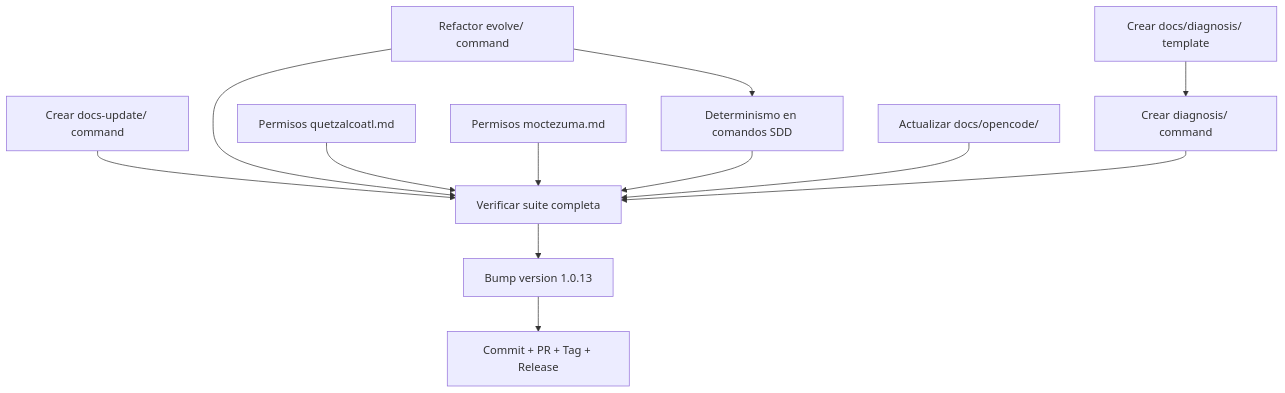
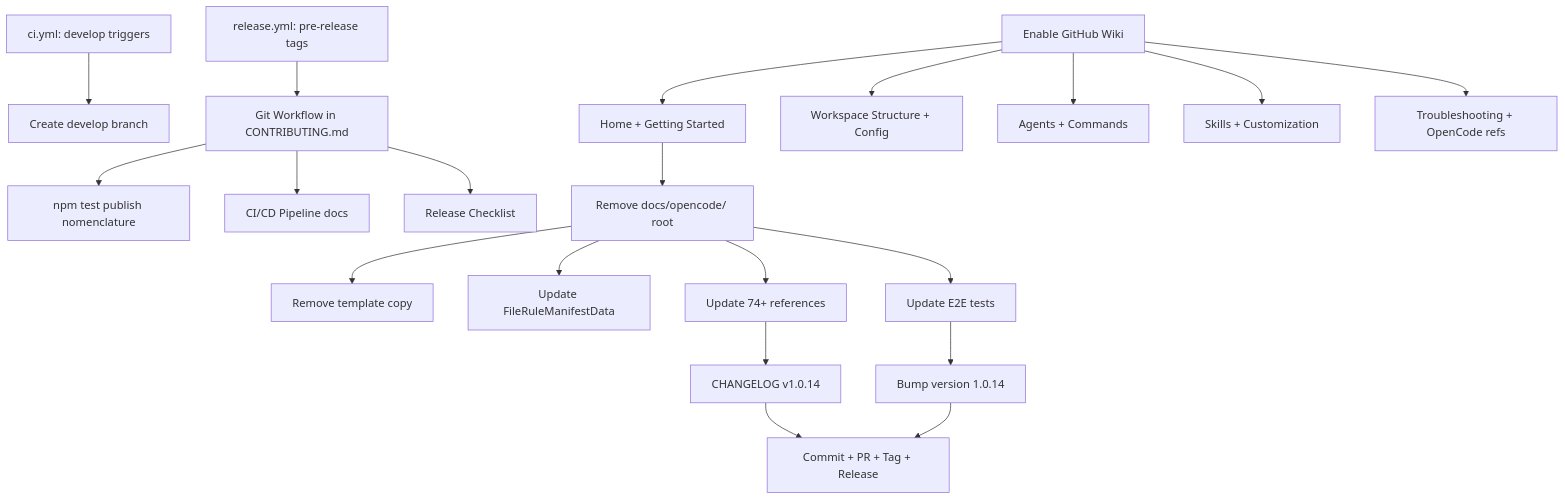
The diagram in tasks/plan.md (Fisherk2/codice-opencode), drawn with Mermaid before and after one commit. The commit also changed other lines of this file and 76 other files, not shown here.

First line of the commit message:
release: v1.0.14 — CI/CD workflow, GitHub Wiki, post-install refactor, docs/opencode removal (#32)

````diff
--- a/tasks/plan.md
+++ b/tasks/plan.md
@@ -40,23 +37,31 @@
 ```mermaid
 graph TD
-    %% Phase 1: Foundation (no dependencies)
-    FEV4-T1[Refactor evolve/ command] --> FEV4-T7[Verificar suite completa]
-    FEV4-T2[Crear docs-update/ command] --> FEV4-T7
-    FEV4-T3[Crear diagnosis/ command] --> FEV4-T7
-    FEV4-T4[Crear docs/diagnosis/ template] --> FEV4-T3
+    %% Phase 1: CI/CD Infrastructure
+    FEV5-T1[ci.yml: develop triggers] --> FEV5-T3[Create develop branch]
+    FEV5-T2[release.yml: pre-release tags] --> FEV5-T4[Git Workflow in CONTRIBUTING.md]
 
-    %% Phase 2: Governance (parallel)
-    FEV4-T5[Permisos quetzalcoatl.md] --> FEV4-T7
-    FEV4-T6[Permisos moctezuma.md] --> FEV4-T7
+    %% Phase 2: CI/CD Documentation
+    FEV5-T4 --> FEV5-T5[npm test publish nomenclature]
+    FEV5-T4 --> FEV5-T6[CI/CD Pipeline docs]
+    FEV5-T4 --> FEV5-T7[Release Checklist]
 
-    %% Phase 3: Determinism (depends on Phase 1)
-    FEV4-T1 --> FEV4-T8[Determinismo en comandos SDD]
-    FEV4-T8 --> FEV4-T7
+    %% Phase 3: Wiki Content (parallel with Phase 1+2)
+    FEV5-T8[Enable GitHub Wiki] --> FEV5-T9[Home + Getting Started]
+    FEV5-T8 --> FEV5-T10[Workspace Structure + Config]
+    FEV5-T8 --> FEV5-T11[Agents + Commands]
+    FEV5-T8 --> FEV5-T12[Skills + Customization]
+    FEV5-T8 --> FEV5-T13[Troubleshooting + OpenCode refs]
 
-    %% Phase 4: Documentation (parallel)
-    FEV4-T9[Actualizar docs/opencode/] --> FEV4-T7
+    %% Phase 4: docs/opencode/ Removal (depends on Phase 3)
+    FEV5-T9 --> FEV5-T14[Remove docs/opencode/ root]
+    FEV5-T14 --> FEV5-T15[Remove template copy]
+    FEV5-T14 --> FEV5-T16[Update FileRuleManifestData]
+    FEV5-T14 --> FEV5-T17[Update 74+ references]
+    FEV5-T14 --> FEV5-T18[Update E2E tests]
 
     %% Phase 5: Release
-    FEV4-T7 --> FEV4-T10[Bump version 1.0.13]
-    FEV4-T10 --> FEV4-T11[Commit + PR + Tag + Release]
+    FEV5-T17 --> FEV5-T19[CHANGELOG v1.0.14]
+    FEV5-T18 --> FEV5-T20[Bump version 1.0.14]
+    FEV5-T19 --> FEV5-T21[Commit + PR + Tag + Release]
+    FEV5-T20 --> FEV5-T21
 ```
````
